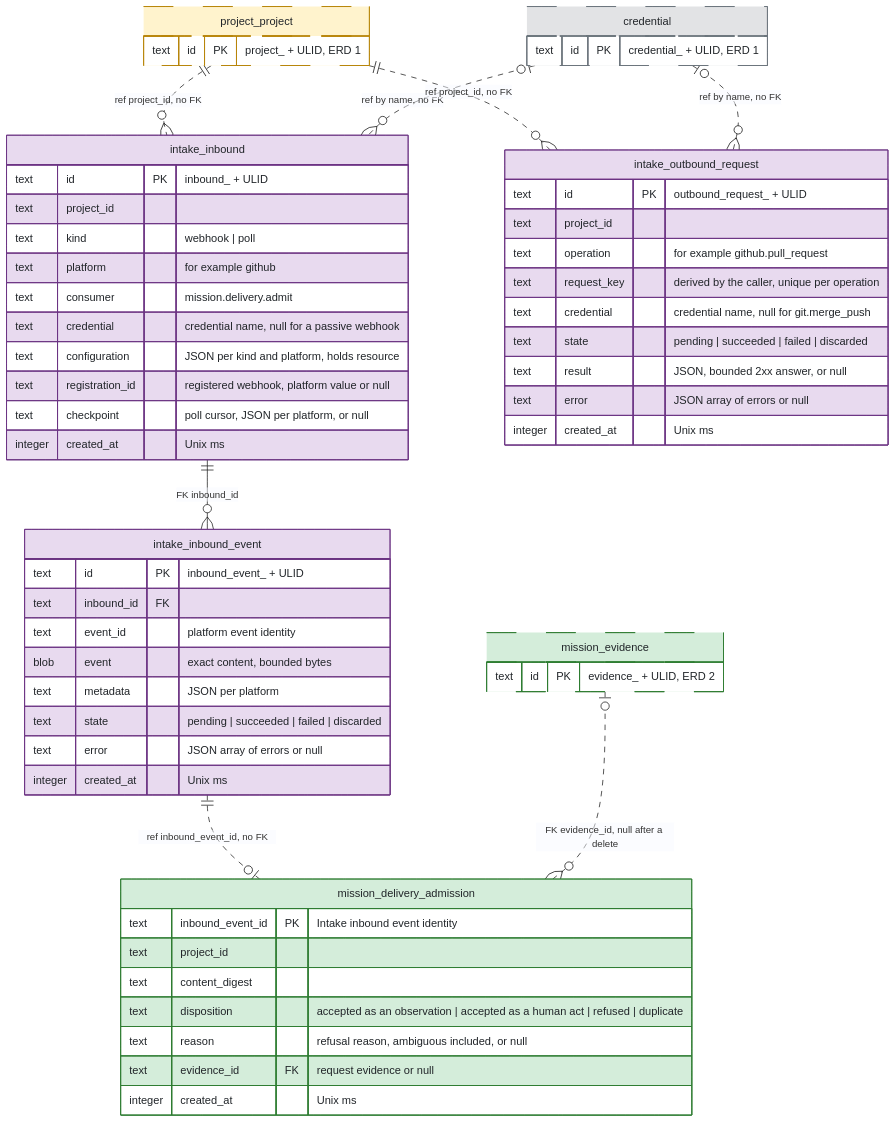
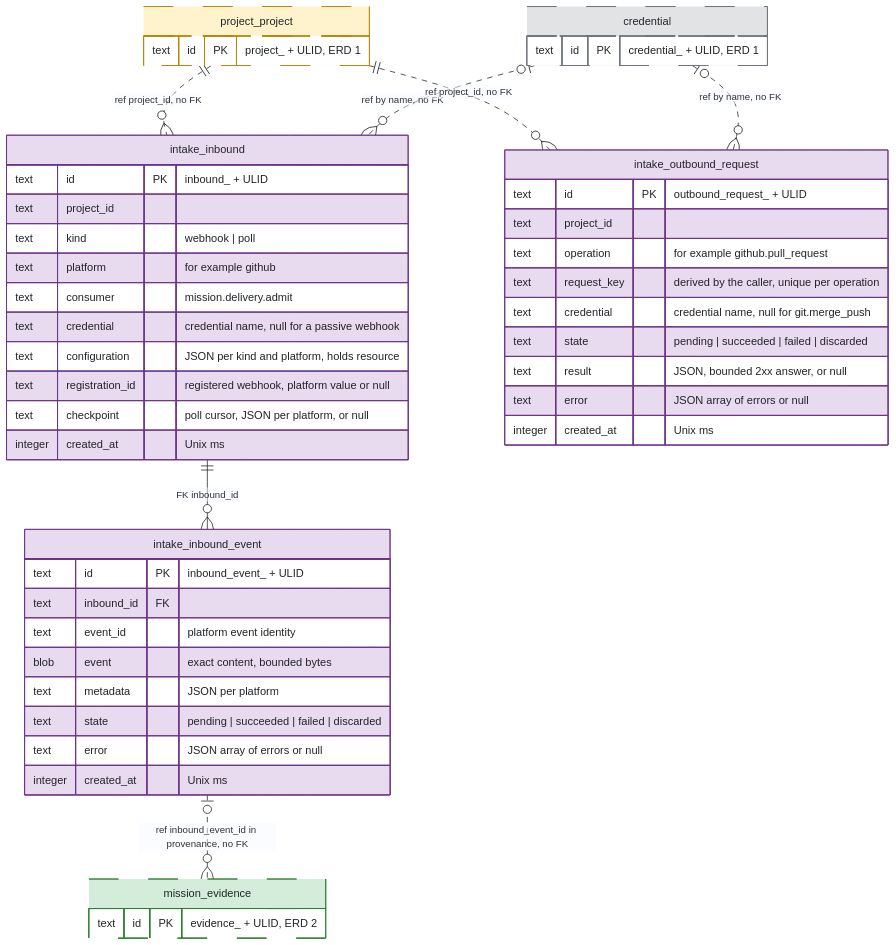
One commit to kanthorlabs/kanthord changed the diagram in docs/reference/erd/03-integration.md. Above: the diagram before and after it, drawn with Mermaid (base theme). The commit also changed other lines of this file and 8 other files, not shown here.

Commit message:
docs(mission): drop the delivery admission record

````diff
--- a/docs/reference/erd/03-integration.md
+++ b/docs/reference/erd/03-integration.md
@@ -37,79 +38,68 @@
 ```mermaid
 erDiagram
     credential {
         text id PK "credential_ + ULID, ERD 1"
     }
     project_project {
         text id PK "project_ + ULID, ERD 1"
     }
     mission_evidence {
         text id PK "evidence_ + ULID, ERD 2"
     }
 
     intake_inbound {
         text id PK "inbound_ + ULID"
         text project_id
         text kind "webhook | poll"
         text platform "for example github"
         text consumer "mission.delivery.admit"
         text credential "credential name, null for a passive webhook"
         text configuration "JSON per kind and platform, holds resource"
         text registration_id "registered webhook, platform value or null"
         text checkpoint "poll cursor, JSON per platform, or null"
         integer created_at "Unix ms"
     }
 
     intake_inbound_event {
         text id PK "inbound_event_ + ULID"
         text inbound_id FK
         text event_id "platform event identity"
         blob event "exact content, bounded bytes"
         text metadata "JSON per platform"
         text state "pending | succeeded | failed | discarded"
         text error "JSON array of errors or null"
         integer created_at "Unix ms"
     }
 
     intake_outbound_request {
         text id PK "outbound_request_ + ULID"
         text project_id
         text operation "for example github.pull_request"
         text request_key "derived by the caller, unique per operation"
         text credential "credential name, null for git.merge_push"
         text state "pending | succeeded | failed | discarded"
         text result "JSON, bounded 2xx answer, or null"
         text error "JSON array of errors or null"
         integer created_at "Unix ms"
     }
 
-    mission_delivery_admission {
-        text inbound_event_id PK "Intake inbound event identity"
-        text project_id
-        text content_digest
-        text disposition "accepted as an observation | accepted as a human act | refused | duplicate"
-        text reason "refusal reason, ambiguous included, or null"
-        text evidence_id FK "request evidence or null"
-        integer created_at "Unix ms"
-    }
-
     project_project ||..o{ intake_inbound : "ref project_id, no FK"
     credential |o..o{ intake_inbound : "ref by name, no FK"
     intake_inbound ||--o{ intake_inbound_event : "FK inbound_id"
     project_project ||..o{ intake_outbound_request : "ref project_id, no FK"
     credential |o..o{ intake_outbound_request : "ref by name, no FK"
 
-    intake_inbound_event ||..o| mission_delivery_admission : "ref inbound_event_id, no FK"
-    mission_evidence |o..o{ mission_delivery_admission : "FK evidence_id, null after a delete"
+    intake_inbound_event |o..o{ mission_evidence : "ref inbound_event_id in provenance, no FK"
 
     classDef custody fill:#e2e3e5,stroke:#6c757d,color:#212529
     classDef project fill:#fff3cd,stroke:#b8860b,color:#212529
     classDef mission fill:#d4edda,stroke:#2e7d32,color:#212529
     classDef intake fill:#e8daef,stroke:#6c3483,color:#212529
     classDef stub stroke-dasharray:4 3
 
     class credential custody
     class project_project project
-    class mission_evidence,mission_delivery_admission mission
+    class mission_evidence mission
     class credential,project_project,mission_evidence stub
     class intake_inbound,intake_inbound_event,intake_outbound_request intake
 ```
````
